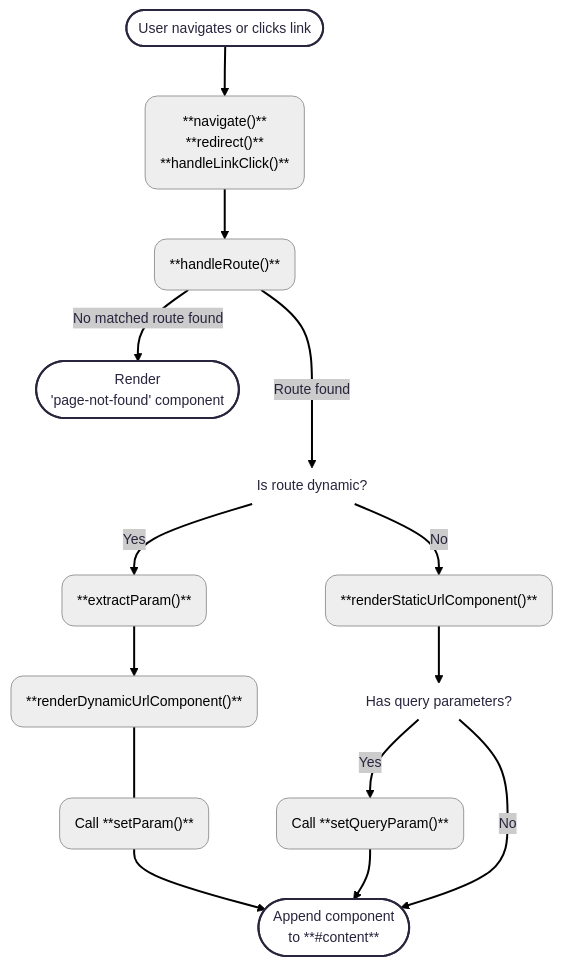
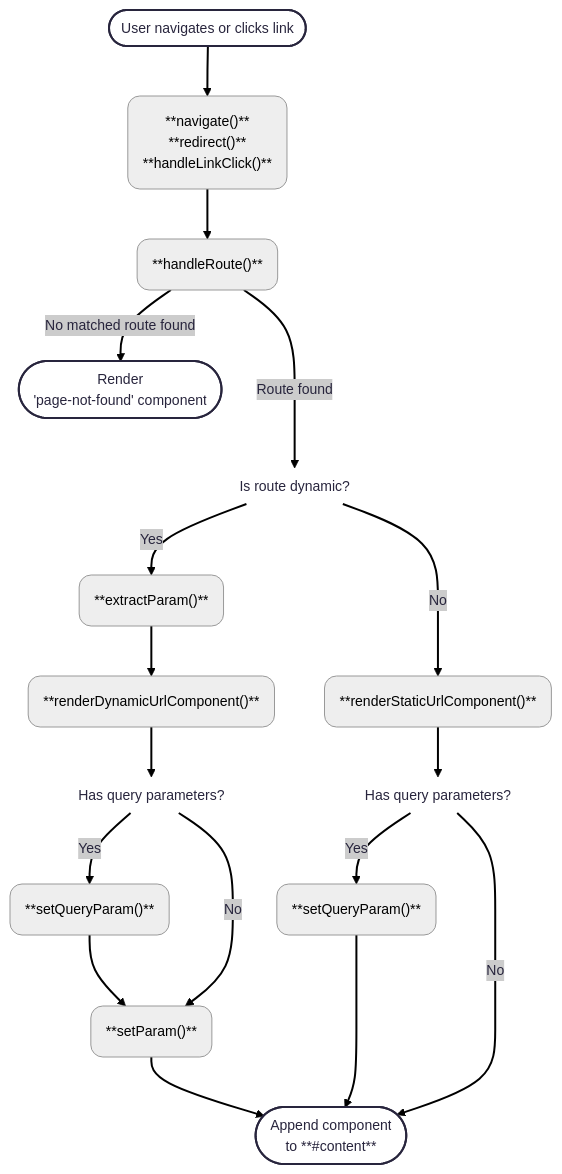
The diagram in doc/front/ROUTER.md (ysengoku/42-ft_transcendence), drawn with Mermaid before and after one commit. The commit also changed other lines of this file and 4 other files, not shown here.

````diff
--- a/doc/front/ROUTER.md
+++ b/doc/front/ROUTER.md
@@ -16,33 +16,56 @@
 ```mermaid
 ---
 config:
   layout: dagre
   look: classic
   theme: redux
 ---
 flowchart TD
-    A(["User navigates or clicks link"]) --> B("**navigate()** <br/> **redirect()** <br/> **handleLinkClick()**")
-    B --> C("**handleRoute()**")
-    C -- No matched route found --> D(["Render <br/> 'page-not-found' component"])
-    C -- Route found ---> E["Is route dynamic?"]
-    E -- Yes --> F("**extractParam()**")
-    F --> G("**renderDynamicUrlComponent()**")
-    G --- H("Call **setParam()**")
-		H --> Z(["Append component <br/> to **#content**"])
-    E -- No --> I("**renderStaticUrlComponent()**")
-		I --> J["Has query parameters?"]
-		J -- Yes --> K("Call **setQueryParam()**")
-		K --> Z
-		J -- No --> Z
+    A(["User navigates or clicks link"])
+    B("**navigate()** <br/> **redirect()** <br/> **handleLinkClick()**")
+    C("**handleRoute()**")
+    D(["Render <br/> 'page-not-found' component"])
+    E["Is route dynamic?"]
+
+    F("**extractParam()**")
+    G("**renderDynamicUrlComponent()**")
+    H["Has query parameters?"]
+    I("**setQueryParam()**")
+    J("**setParam()**")
+
+    K("**renderStaticUrlComponent()**")
+    L["Has query parameters?"]
+    M("**setQueryParam()**")
+
+    Z(["Append component <br/> to **#content**"])
+
+    A --> B
+    B --> C
+    C -- No matched route found --> D
+    C -- Route found ---> E
+    E -- Yes --> F
+    F --> G
+    G --> H
+    H -- Yes --> I
+    I --> J
+    H -- No --> J
+		J --> Z
+    E -- No --> K
+    K --> L
+    L -- Yes --> M
+    M ---> Z
+		L -- No --> Z
 
     E@{ shape: text}
-    J@{ shape: text}
+    H@{ shape: text}
+    L@{ shape: text}
      B:::Ash
      C:::Ash
      F:::Ash
      G:::Ash
-		 H:::Ash
      I:::Ash
-		 K:::Ash
+     J:::Ash
+     K:::Ash
+		 M:::Ash
     classDef Ash stroke-width:1px, stroke-dasharray:none, stroke:#999999, fill:#EEEEEE, color:#000000
 ```
````
